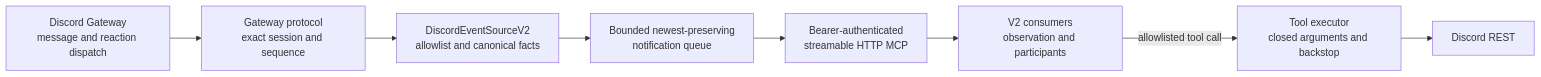
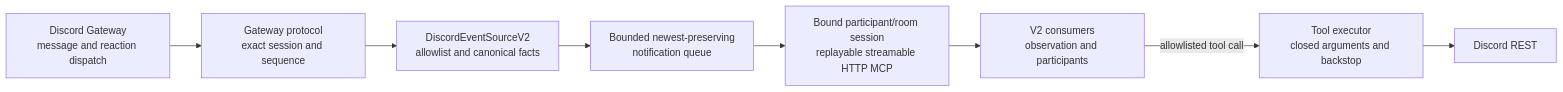
Before and after one commit to mentatzoe/nunchi: the first of 2 diagrams in integrations/mcp-discord/DESIGN.md, drawn with Mermaid. The commit also changed other lines of this file and 30 other files, not shown here.

````diff
--- a/integrations/mcp-discord/DESIGN.md
+++ b/integrations/mcp-discord/DESIGN.md
@@ -5,10 +5,10 @@
 ```mermaid
 flowchart LR
   D["Discord Gateway<br/>message and reaction dispatch"] --> G["Gateway protocol<br/>exact session and sequence"]
   G --> N["DiscordEventSourceV2<br/>allowlist and canonical facts"]
   N --> Q["Bounded newest-preserving<br/>notification queue"]
-  Q --> A["Bearer-authenticated<br/>streamable HTTP MCP"]
+  Q --> A["Bound participant/room session<br/>replayable streamable HTTP MCP"]
   A --> C["V2 consumers<br/>observation and participants"]
   C -->|"allowlisted tool call"| T["Tool executor<br/>closed arguments and backstop"]
   T --> R["Discord REST"]
 ```
````
